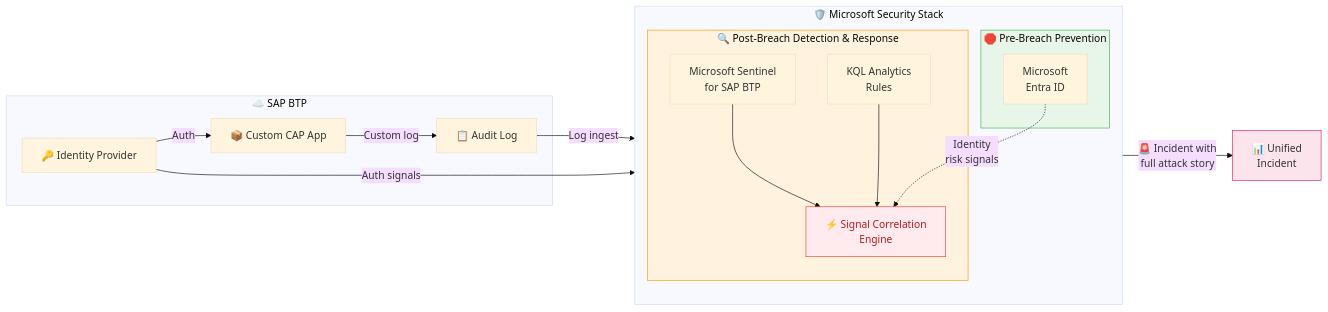
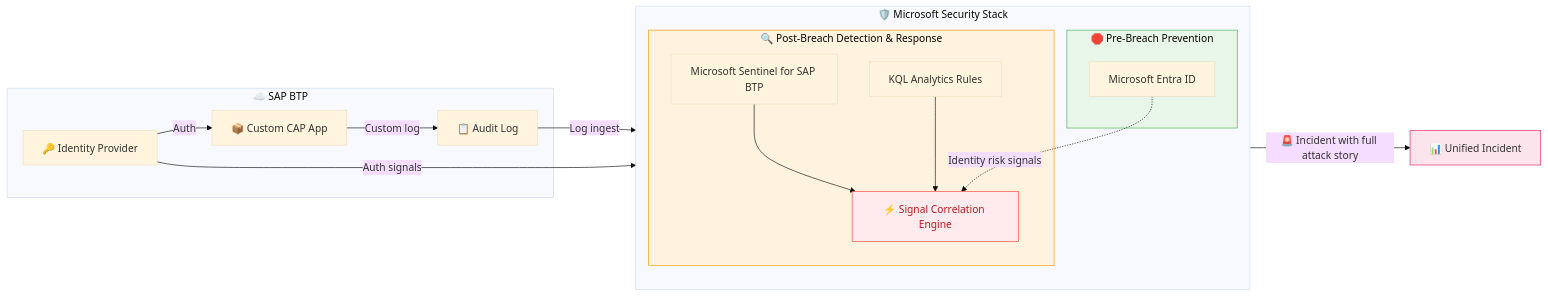
Before and after one commit to MartinPankraz/DSAGTechXChange26: the diagram in 3-sap-red-team-exercise/student/quest2.md, drawn with Mermaid (base theme).

````diff
--- a/3-sap-red-team-exercise/student/quest2.md
+++ b/3-sap-red-team-exercise/student/quest2.md
@@ -60,36 +60,36 @@
 ```mermaid
 flowchart LR
     subgraph SAP_BTP["☁️ SAP BTP"]
         IDP["🔑 Identity Provider"]
         APP["📦 Custom CAP App"]
         AL["📋 Audit Log"]
     end
 
     subgraph Microsoft["🛡️ Microsoft Security Stack"]
         direction TB
         subgraph Post["🔍 Post-Breach Detection & Response"]
-            SENT["Microsoft Sentinel\nfor SAP BTP"]
-            KQL["KQL Analytics\nRules"]
-            CORR["⚡ Signal Correlation\nEngine"]
+            SENT["Microsoft Sentinel for SAP BTP"]
+            KQL["KQL Analytics Rules"]
+            CORR["⚡ Signal Correlation Engine"]
         end
         subgraph Pre["🛑 Pre-Breach Prevention"]
-            ENTRA["Microsoft\nEntra ID"]
+            ENTRA["Microsoft Entra ID"]
         end
     end
 
     IDP -->|"Auth"| APP
     APP -->|"Custom log"| AL
     AL -->|"Log ingest"| SENT
     IDP -->|"Auth signals"| ENTRA
 
     SENT --> CORR
     KQL --> CORR
-    ENTRA -.->|"Identity\nrisk signals"| CORR
+    ENTRA -.->|"Identity risk signals"| CORR
 
-    CORR -->|"🚨 Incident with\nfull attack story"| INC["📊 Unified\nIncident"]
+    CORR -->|"🚨 Incident with full attack story"| INC["📊 Unified Incident"]
 
     style Post fill:#fff3e0,stroke:#ff9800
     style Pre fill:#e8f5e9,stroke:#4caf50
     style CORR fill:#ffebee,stroke:#f44336,color:#b71c1c
     style INC fill:#fce4ec,stroke:#e91e63
 ```
````
